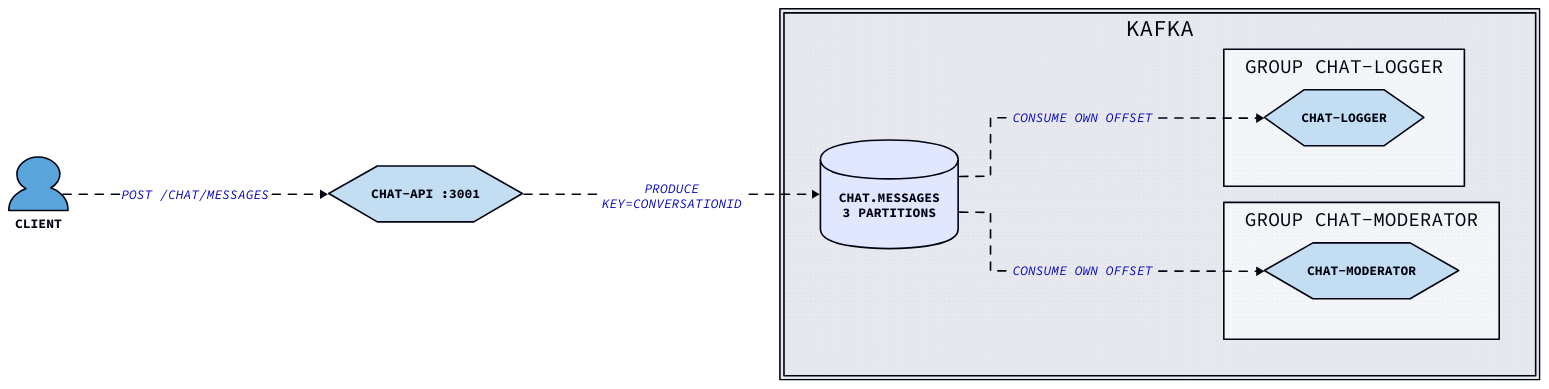
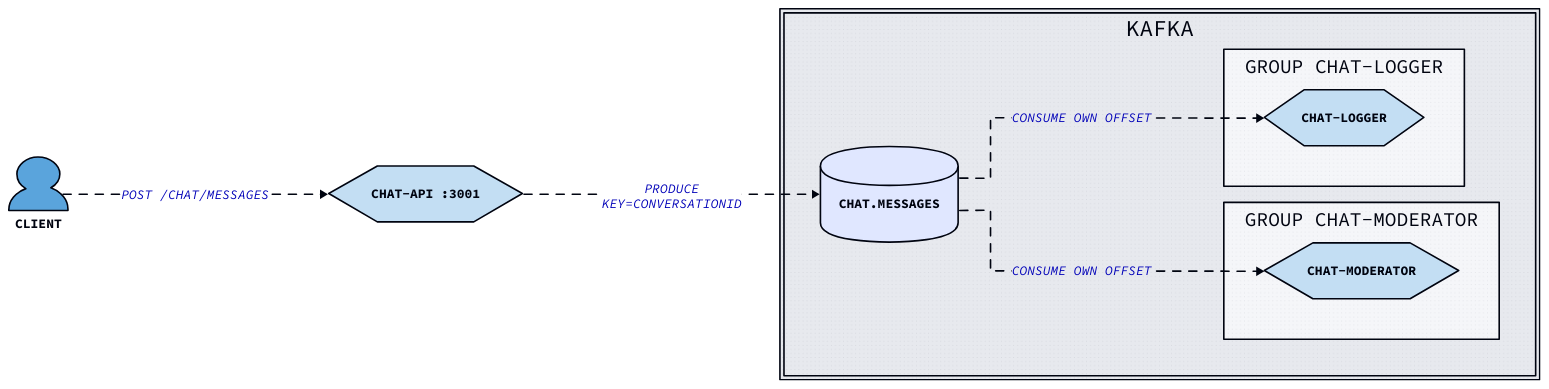
Before and after one commit to Pawel-Gnat/nest-queues: the diagram in docs/event-flow-kafka.d2, drawn with D2. The commit also changed 1 other file, not shown here.

Commit message:
chore: remove partitions text info

```diff
--- a/docs/event-flow-kafka.d2
+++ b/docs/event-flow-kafka.d2
@@ -1,73 +1,73 @@
 # Kafka chat lab — chat-api + chat-logger + chat-moderator
 # Render: pnpm diagram-kafka
 # Watch:  d2 -w docs/event-flow-kafka.d2 docs/event-flow-kafka.svg
 
 vars: {
   d2-config: {
     layout-engine: elk
     theme-id: 300
   }
 }
 
 direction: right
 
 classes: {
   happy: {
     style: {
       animated: true
       stroke-width: 2
     }
   }
   service: {
     shape: hexagon
   }
   topic: {
     shape: cylinder
     style: {
       fill: "#e0e7ff"
     }
   }
 }
 
 client: {
   shape: person
   label: Client
 }
 
 chatApi: "chat-api :3001" {
   class: [service]
 }
 
 kafka: Kafka {
-  topic: "chat.messages\n3 partitions" {
+  topic: chat.messages {
     class: [topic]
   }
 
   logger: "group chat-logger" {
     svc: chat-logger {
       class: [service]
     }
   }
 
   moderator: "group chat-moderator" {
     svc: chat-moderator {
       class: [service]
     }
   }
 }
 
 client -> chatApi: POST /chat/messages {
   class: [happy]
 }
 
 chatApi -> kafka.topic: "produce\nkey=conversationId" {
   class: [happy]
 }
 
 kafka.topic -> kafka.logger.svc: consume own offset {
   class: [happy]
 }
 
 kafka.topic -> kafka.moderator.svc: consume own offset {
   class: [happy]
 }
```
